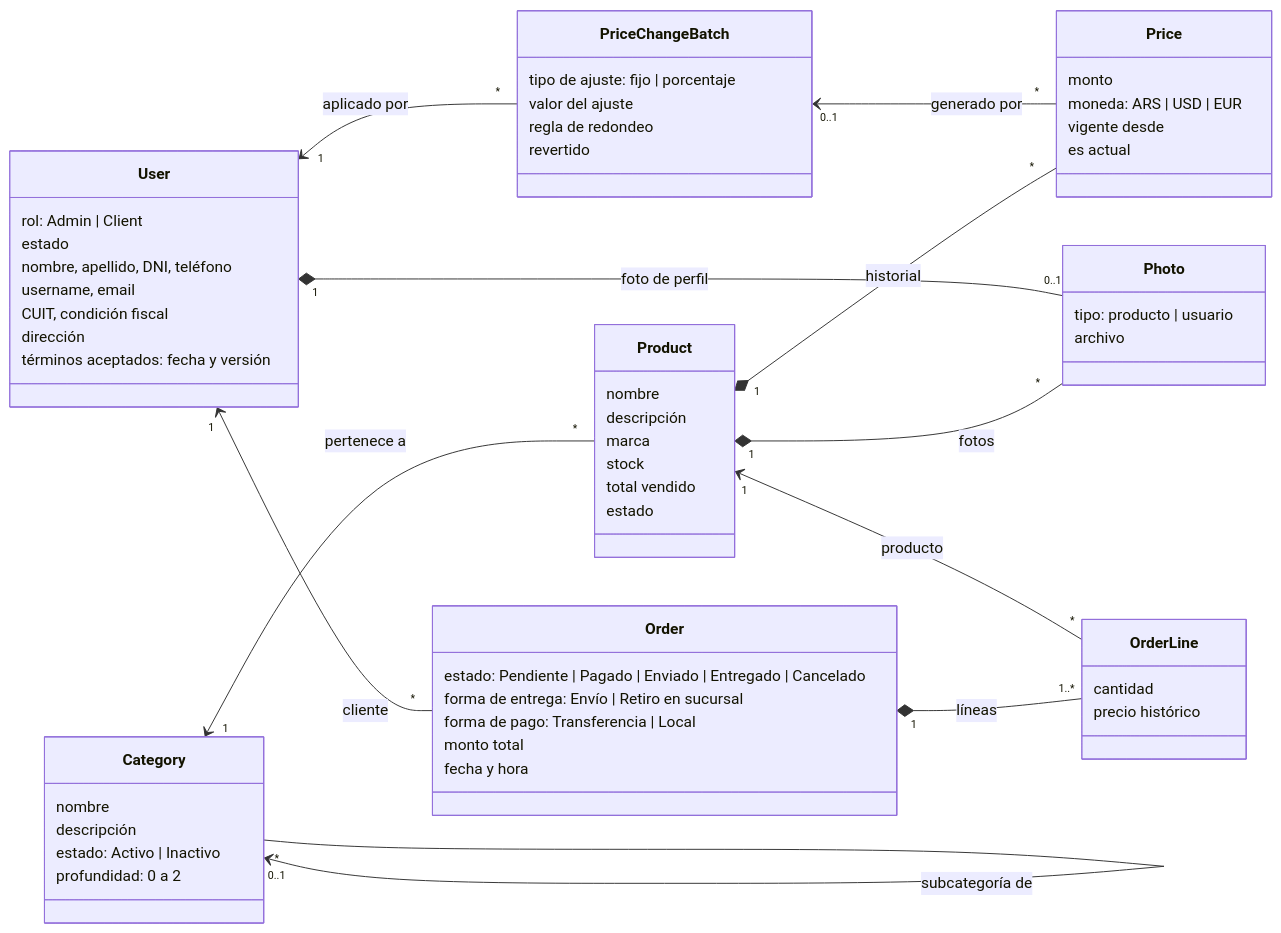
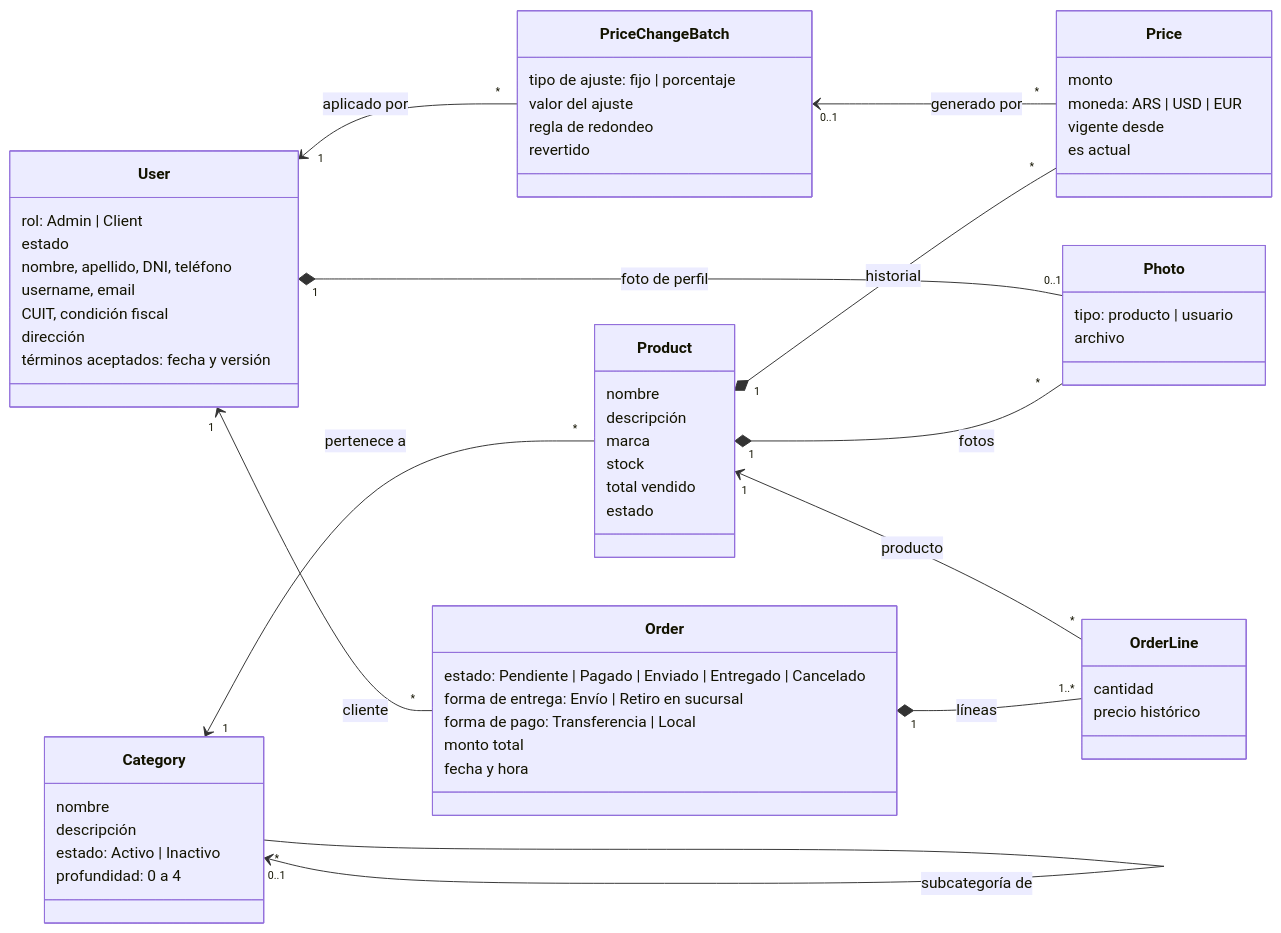
The diagram in docs/catedra/proposal.md (facumrb/Laelsi), drawn with Mermaid before and after one commit. The commit also changed other lines of this file and 27 other files, not shown here.

````diff
--- a/docs/catedra/proposal.md
+++ b/docs/catedra/proposal.md
@@ -76,73 +76,73 @@
 ```mermaid
 classDiagram
     direction LR
 
     class User {
         rol: Admin | Client
         estado
         nombre, apellido, DNI, teléfono
         username, email
         CUIT, condición fiscal
         dirección
         términos aceptados: fecha y versión
     }
 
     class Category {
         nombre
         descripción
         estado: Activo | Inactivo
-        profundidad: 0 a 2
+        profundidad: 0 a 4
     }
 
     class Product {
         nombre
         descripción
         marca
         stock
         total vendido
         estado
     }
 
     class Price {
         monto
         moneda: ARS | USD | EUR
         vigente desde
         es actual
     }
 
     class PriceChangeBatch {
         tipo de ajuste: fijo | porcentaje
         valor del ajuste
         regla de redondeo
         revertido
     }
 
     class Photo {
         tipo: producto | usuario
         archivo
     }
 
     class Order {
         estado: Pendiente | Pagado | Enviado | Entregado | Cancelado
         forma de entrega: Envío | Retiro en sucursal
         forma de pago: Transferencia | Local
         monto total
         fecha y hora
     }
 
     class OrderLine {
         cantidad
         precio histórico
     }
 
     Category "0..1" <-- "*" Category : subcategoría de
     Category "1" <-- "*" Product : pertenece a
     Product "1" *-- "*" Price : historial
     PriceChangeBatch "0..1" <-- "*" Price : generado por
     User "1" <-- "*" PriceChangeBatch : aplicado por
     Product "1" *-- "*" Photo : fotos
     User "1" *-- "0..1" Photo : foto de perfil
     User "1" <-- "*" Order : cliente
     Order "1" *-- "1..*" OrderLine : líneas
     Product "1" <-- "*" OrderLine : producto
 ```
````
